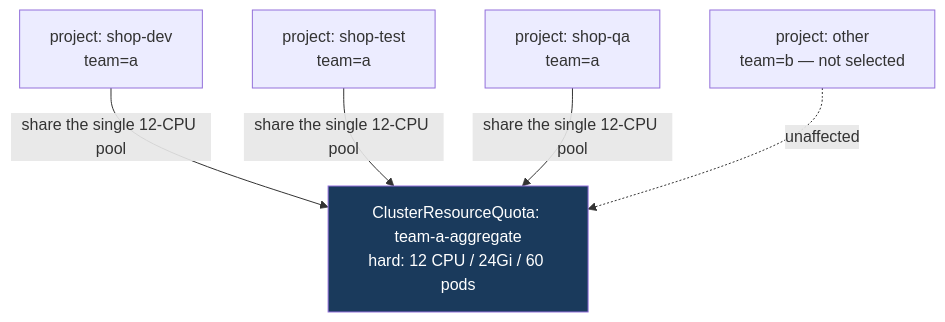
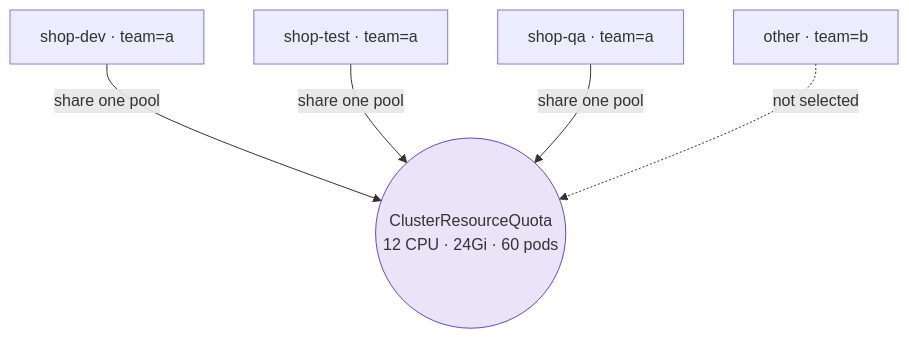
Before and after one commit to esarath/OCP_Issue-Fix_RCA: the fifth of 5 diagrams in issues/33-resourcequota-controls/ResourceQuota-Controls-Guide.md, drawn with Mermaid. The commit also changed other lines of this file, not shown here.

First line of the commit message:
Issue 33: rewrite guide .md to match article flow + add interview snapshot

````diff
--- a/issues/33-resourcequota-controls/ResourceQuota-Controls-Guide.md
+++ b/issues/33-resourcequota-controls/ResourceQuota-Controls-Guide.md
@@ -190,11 +291,7 @@
 ```mermaid
 flowchart TB
-    CRQ["ClusterResourceQuota: team-a-aggregate<br/>hard: 12 CPU / 24Gi / 60 pods"]
-    N1["project: shop-dev<br/>team=a"]
-    N2["project: shop-test<br/>team=a"]
-    N3["project: shop-qa<br/>team=a"]
-    N4["project: other<br/>team=b — not selected"]
-    N1 & N2 & N3 -->|share the single 12-CPU pool| CRQ
-    N4 -.->|unaffected| CRQ
-    style CRQ fill:#1a3a5c,color:#fff
+    N1["shop-dev · team=a"] & N2["shop-test · team=a"] & N3["shop-qa · team=a"]
+    N1 & N2 & N3 -->|share one pool| CRQ(("ClusterResourceQuota<br/>12 CPU · 24Gi · 60 pods"))
+    N4["other · team=b"] -.->|not selected| CRQ
+    style CRQ fill:#e9e4f8,stroke:#6b46c1
 ```
````
